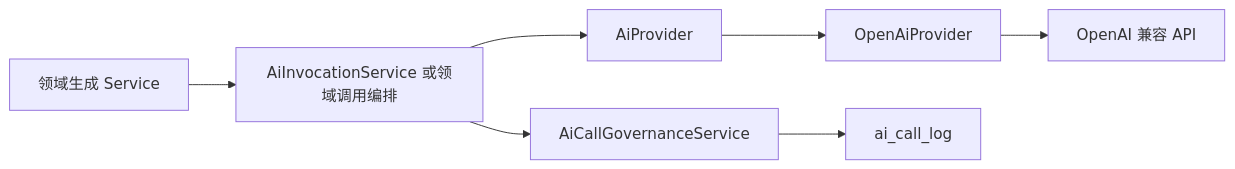
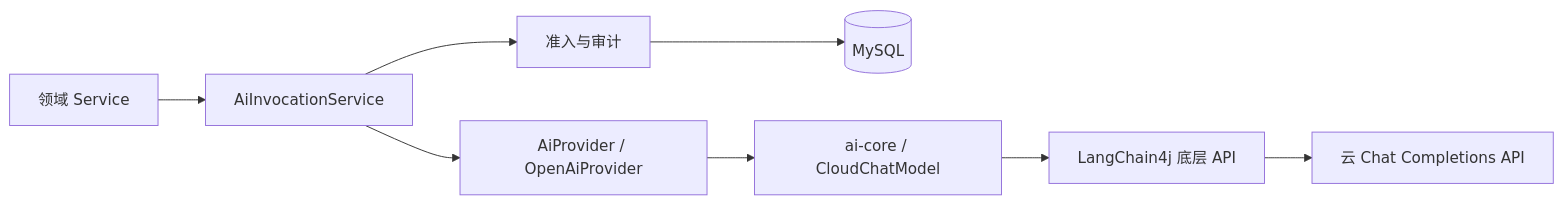
Before and after one commit to umico8832/LearnPlatform: the diagram in docs/architecture/ai-system.md, drawn with Mermaid. The commit also changed other lines of this file and 705 other files, not shown here.

````diff
--- a/docs/architecture/ai-system.md
+++ b/docs/architecture/ai-system.md
@@ -9,9 +10,10 @@
 ```mermaid
 flowchart LR
-    Feature["领域生成 Service"] --> Invoke["AiInvocationService 或领域调用编排"]
-    Invoke --> Provider["AiProvider"]
-    Provider --> OpenAI["OpenAiProvider"]
-    OpenAI --> Upstream["OpenAI 兼容 API"]
-    Invoke --> Governance["AiCallGovernanceService"]
-    Governance --> Log["ai_call_log"]
+    Domain[领域 Service] --> Gateway[AiInvocationService]
+    Gateway --> Governance[准入与审计]
+    Governance --> DB[(MySQL)]
+    Gateway --> Provider[AiProvider / OpenAiProvider]
+    Provider --> Core[ai-core / CloudChatModel]
+    Core --> SDK[LangChain4j 底层 API]
+    SDK --> Cloud[云 Chat Completions API]
 ```
````
